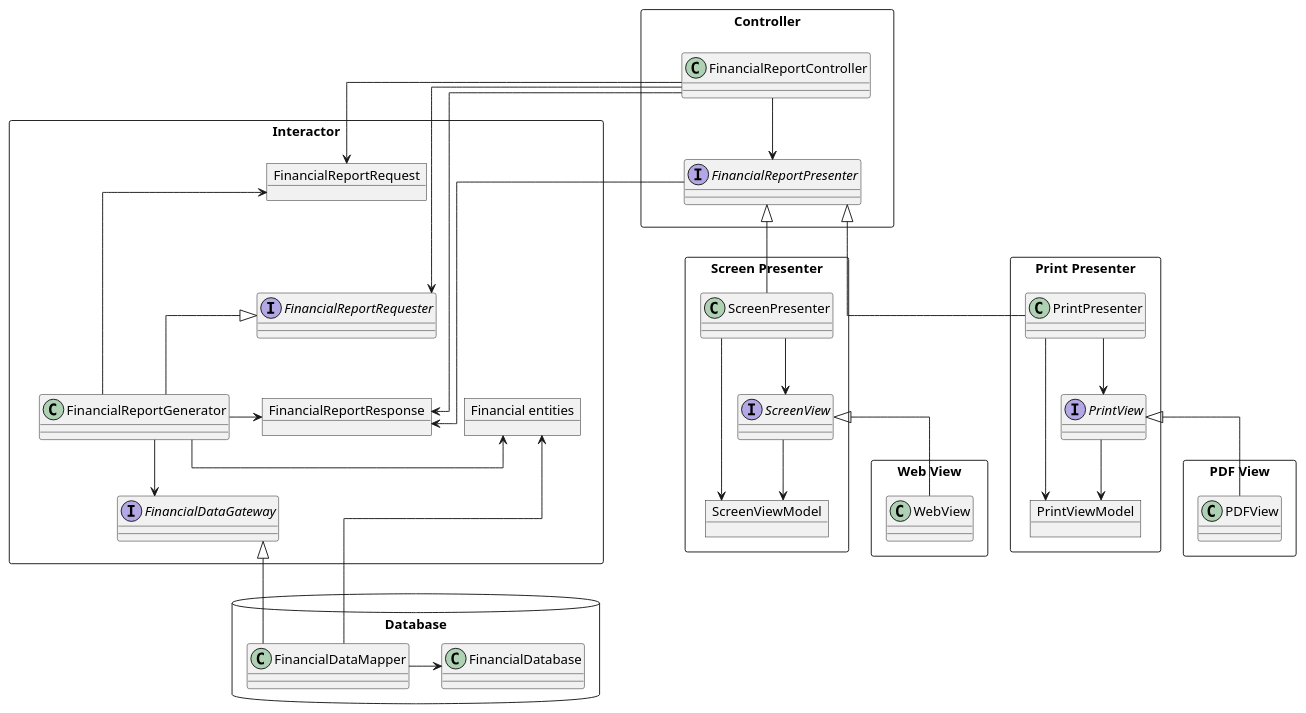
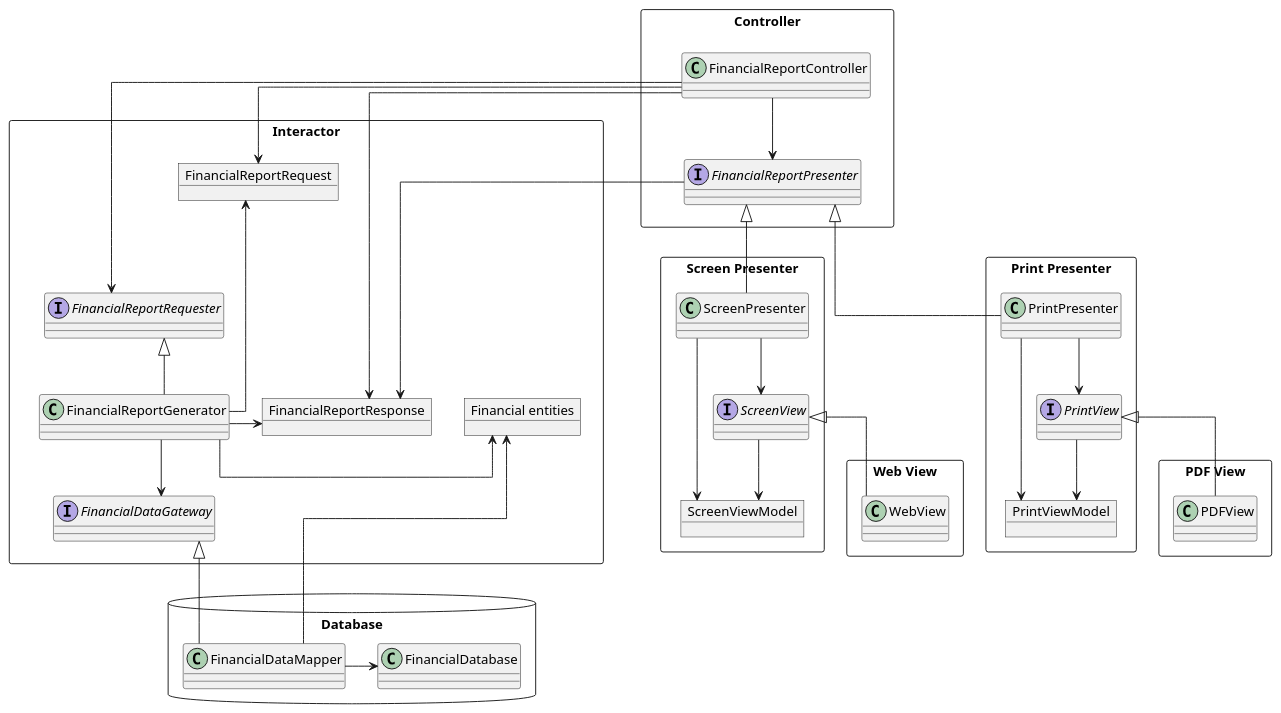
The third of 3 diagrams in pages/Robert C. Martin - Clean Architecture A Craftsman's Guide to Software Structure and Design.md (huland/logseq-notes), drawn with PlantUML before and after one commit.

Commit message:
Auto saved by Logseq

```diff
--- a/pages/Robert C. Martin - Clean Architecture A Craftsman's Guide to Software Structure and Design.md
+++ b/pages/Robert C. Martin - Clean Architecture A Craftsman's Guide to Software Structure and Design.md
@@ -203,66 +203,68 @@
 				  @startuml
 				  skinparam linetype ortho
 				  package Interactor <<Rectangle>> {
 				    object FinancialReportRequest
 				    interface FinancialReportRequester
 				    object FinancialReportResponse
 				    class FinancialReportGenerator
 				    interface FinancialDataGateway
 				    object "Financial entities" as FinancialEntities
 				  }
 				  
 				  FinancialReportRequest -[hidden]d-> FinancialReportRequester
 				  FinancialReportRequester -[hidden]d-> FinancialReportResponse
-				  
+				  FinancialReportGenerator -[hidden]l-> FinancialReportRequester
+				  FinancialReportGenerator -[hidden]d-> FinancialDataGateway
+				  FinancialReportGenerator -[hidden]r-> FinancialEntities
 				  
 				  package Controller <<Rectangle>> {
 				    class FinancialReportController 
 				    interface FinancialReportPresenter
 				  }
 				  package Database <<Database>> {
 				    class FinancialDataMapper 
 				    class FinancialDatabase
 				  }
 				  package "Screen Presenter" as ScreenPres <<Rectangle>> {
 				    class ScreenPresenter
 				    object ScreenViewModel
 				    interface ScreenView
 				  }
 				  package "Print Presenter" as PrintPres <<Rectangle>> {
 				    class PrintPresenter
 				    object PrintViewModel
 				    interface PrintView
 				  } 
 				  package "PDF View" as PDFV <<Rectangle>> {
 				    class PDFView
 				  } 
 				  package "Web View" as WebV <<Rectangle>> {
 				    class WebView
 				  } 
 				  
 				  FinancialReportGenerator -l-> FinancialReportRequest
 				  FinancialReportGenerator -r-> FinancialEntities
 				  FinancialReportGenerator -l-> FinancialReportResponse
 				  FinancialReportGenerator -d-> FinancialDataGateway
 				  FinancialReportGenerator -l-|> FinancialReportRequester
 				  FinancialDataMapper -r-> FinancialDatabase
 				  FinancialDataMapper -u-> FinancialEntities
 				  FinancialDataMapper -u-|> FinancialDataGateway
 				  FinancialReportController -d-> FinancialReportPresenter
 				  FinancialReportPresenter -r-> FinancialReportResponse
 				  FinancialReportController -r-> FinancialReportRequest
 				  FinancialReportController -r-> FinancialReportRequester
 				  FinancialReportController -r-> FinancialReportResponse
 				  ScreenPresenter -d-> ScreenView
 				  ScreenView -d-> ScreenViewModel
 				  ScreenPresenter -d-> ScreenViewModel
 				  ScreenPresenter -u-|> FinancialReportPresenter
 				  PrintPresenter -d-> PrintView
 				  PrintView -d-> PrintViewModel
 				  PrintPresenter -d-> PrintViewModel
 				  PrintPresenter -u-|> FinancialReportPresenter
 				  WebView -u-|> ScreenView
 				  PDFView -u-|> PrintView
 				  
 				  Controller -[hidden]-> Interactor
 				  @enduml
```
